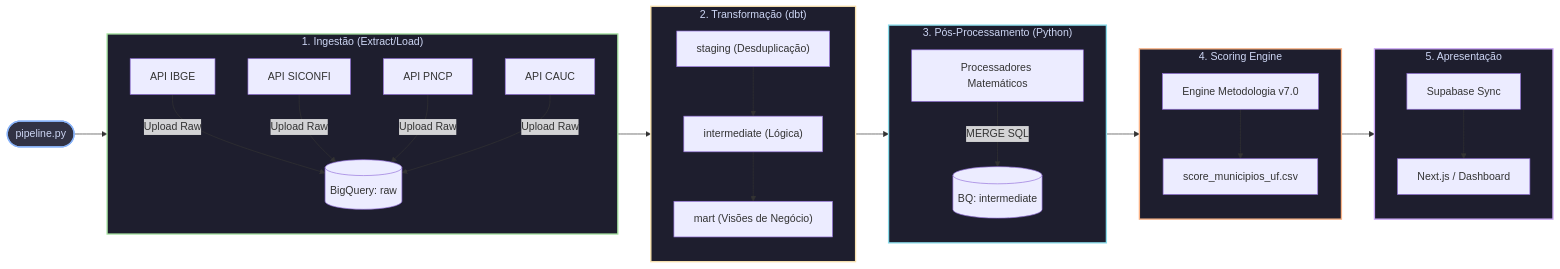
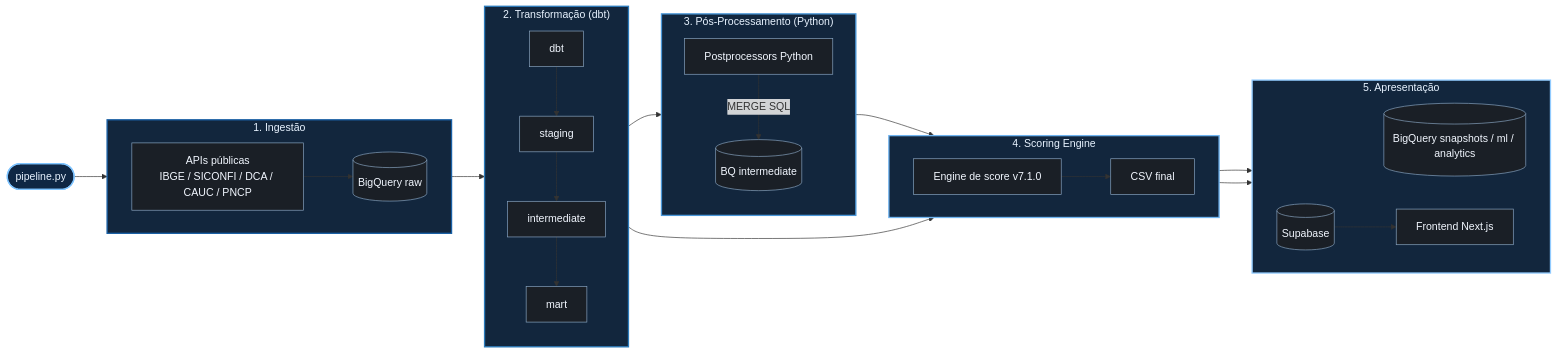
The diagram in README.md (Fel-tby/solvelicita-engine), drawn with Mermaid before and after one commit. The commit also changed other lines of this file and 1 other file, not shown here.

Commit message:
doc: README.md header and att

````diff
--- a/README.md
+++ b/README.md
@@ -64,56 +64,71 @@
 ```mermaid
 flowchart LR
     PL(["pipeline.py"])
 
-    subgraph INGEST ["1. Ingestão (Extract/Load)"]
-        direction TB
-        A1["API IBGE"]
-        A2["API SICONFI"]
-        A3["API PNCP"]
-        A4["API CAUC"]
-        RAW[("BigQuery: raw")]
-        A1 & A2 & A3 & A4 -->|Upload Raw| RAW
+    subgraph INGEST ["1. Ingestão"]
+        direction LR
+        APIS["APIs públicas<br/>IBGE / SICONFI / DCA / CAUC / PNCP"]
+        RAW[("BigQuery raw")]
+        APIS --> RAW
     end
 
     subgraph TRANSFORM ["2. Transformação (dbt)"]
         direction TB
-        STG["staging (Desduplicação)"]
-        INT["intermediate (Lógica)"]
-        MART["mart (Visões de Negócio)"]
-        STG --> INT --> MART
+        DBT["dbt"]
+        STG["staging"]
+        INT["intermediate"]
+        MART["mart"]
+        DBT --> STG --> INT --> MART
     end
 
     subgraph ENRICH ["3. Pós-Processamento (Python)"]
         direction TB
-        PROC["Processadores Matemáticos"]
-        BQ_INT[("BQ: intermediate")]
-        PROC -->|MERGE SQL| BQ_INT
+        PROC["Postprocessors Python"]
+        BQINT[("BQ intermediate")]
+        PROC -->|MERGE SQL| BQINT
     end
 
     subgraph SCORE ["4. Scoring Engine"]
-        direction TB
-        ENG["Engine Metodologia v7.0"]
-        CSV["score_municipios_uf.csv"]
-        ENG --> CSV
+        direction LR
+        ENG["Engine de score v7.1.0"]
+        CSV["CSV final"]
     end
 
     subgraph PRESENT ["5. Apresentação"]
-        direction TB
-        SYNC["Supabase Sync"]
-        WEB["Next.js / Dashboard"]
-        SYNC --> WEB
+        direction LR
+        SNAP[("BigQuery snapshots / ml / analytics")]
+        SB[("Supabase")]
+        WEB["Frontend Next.js"]
     end
 
     PL --> INGEST
-    INGEST --> TRANSFORM
-    TRANSFORM --> ENRICH
-    ENRICH --> SCORE
-    SCORE --> PRESENT
+    RAW --> TRANSFORM
+    MART --> ENRICH
+    MART --> ENG
+    BQINT --> ENG
+    ENG --> SNAP
+    ENG --> CSV
+    CSV --> SB
+    SB --> WEB
 
-    style PL fill:#313244,color:#cdd6f4,stroke:#89b4fa,stroke-width:2px
-    style INGEST fill:#1e1e2e,color:#cdd6f4,stroke:#a6e3a1,stroke-width:2px
-    style TRANSFORM fill:#1e1e2e,color:#cdd6f4,stroke:#f9e2af,stroke-width:2px
-    style ENRICH fill:#1e1e2e,color:#cdd6f4,stroke:#89dceb,stroke-width:2px
-    style SCORE fill:#1e1e2e,color:#cdd6f4,stroke:#fab387,stroke-width:2px
-    style PRESENT fill:#1e1e2e,color:#cdd6f4,stroke:#cba6f7,stroke-width:2px
+    style PL fill:#0f2744,color:#e8f3ff,stroke:#7fc4ff,stroke-width:2px
+    style INGEST fill:#12263d,color:#e8f3ff,stroke:#185FA5,stroke-width:2px
+    style TRANSFORM fill:#12263d,color:#e8f3ff,stroke:#2B7BBB,stroke-width:2px
+    style ENRICH fill:#12263d,color:#e8f3ff,stroke:#4A97D9,stroke-width:2px
+    style SCORE fill:#12263d,color:#e8f3ff,stroke:#6FB4F0,stroke-width:2px
+    style PRESENT fill:#12263d,color:#e8f3ff,stroke:#91CBFF,stroke-width:2px
+
+    style APIS fill:#1a1f26,color:#f2f7ff,stroke:#8aa7c4,stroke-width:1px
+    style RAW fill:#1a1f26,color:#f2f7ff,stroke:#8aa7c4,stroke-width:1px
+    style DBT fill:#1a1f26,color:#f2f7ff,stroke:#8aa7c4,stroke-width:1px
+    style STG fill:#1a1f26,color:#f2f7ff,stroke:#8aa7c4,stroke-width:1px
+    style INT fill:#1a1f26,color:#f2f7ff,stroke:#8aa7c4,stroke-width:1px
+    style MART fill:#1a1f26,color:#f2f7ff,stroke:#8aa7c4,stroke-width:1px
+    style PROC fill:#1a1f26,color:#f2f7ff,stroke:#8aa7c4,stroke-width:1px
+    style BQINT fill:#1a1f26,color:#f2f7ff,stroke:#8aa7c4,stroke-width:1px
+    style ENG fill:#1a1f26,color:#f2f7ff,stroke:#8aa7c4,stroke-width:1px
+    style CSV fill:#1a1f26,color:#f2f7ff,stroke:#8aa7c4,stroke-width:1px
+    style SNAP fill:#1a1f26,color:#f2f7ff,stroke:#8aa7c4,stroke-width:1px
+    style SB fill:#1a1f26,color:#f2f7ff,stroke:#8aa7c4,stroke-width:1px
+    style WEB fill:#1a1f26,color:#f2f7ff,stroke:#8aa7c4,stroke-width:1px
 ```
````
